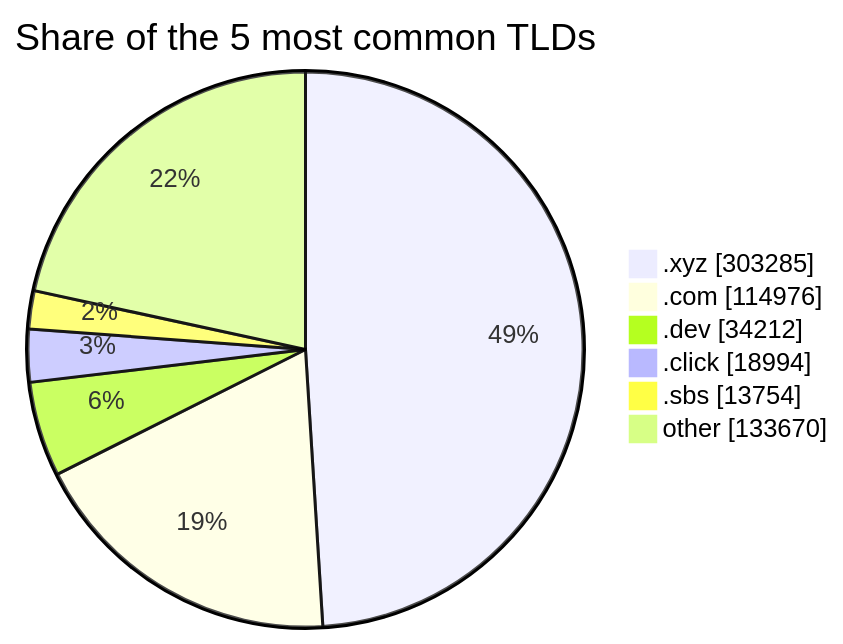
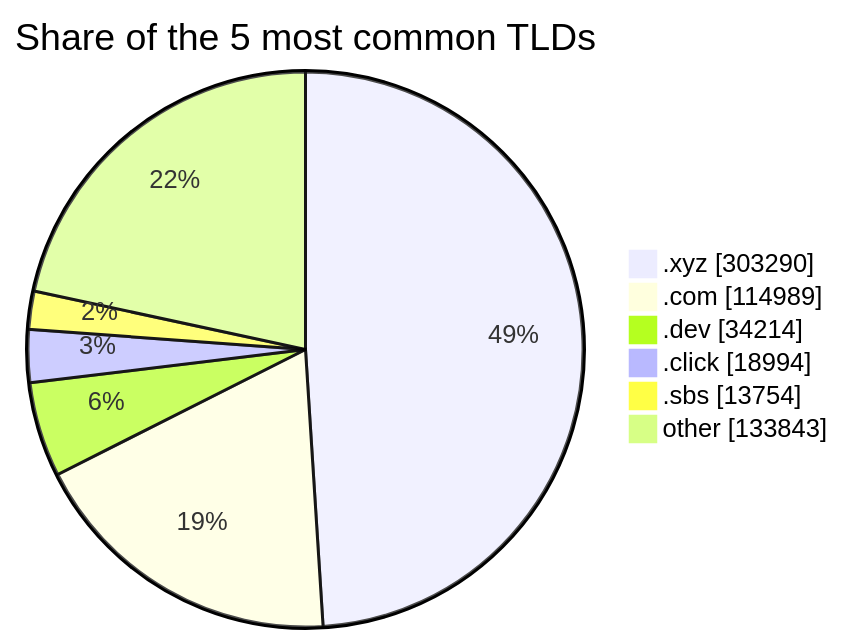
The third of 3 diagrams in README.md (DNSBunker/CTI), drawn with Mermaid before and after one commit. The commit also changed other lines of this file and 3 other files, not shown here.

````diff
--- a/README.md
+++ b/README.md
@@ -81,9 +81,9 @@
 ```mermaid
 pie showData title Share of the 5 most common TLDs
-    ".xyz" : 303285
-    ".com" : 114976
-    ".dev" : 34212
+    ".xyz" : 303290
+    ".com" : 114989
+    ".dev" : 34214
     ".click" : 18994
     ".sbs" : 13754
-    "other" : 133670
+    "other" : 133843
 ```
````
